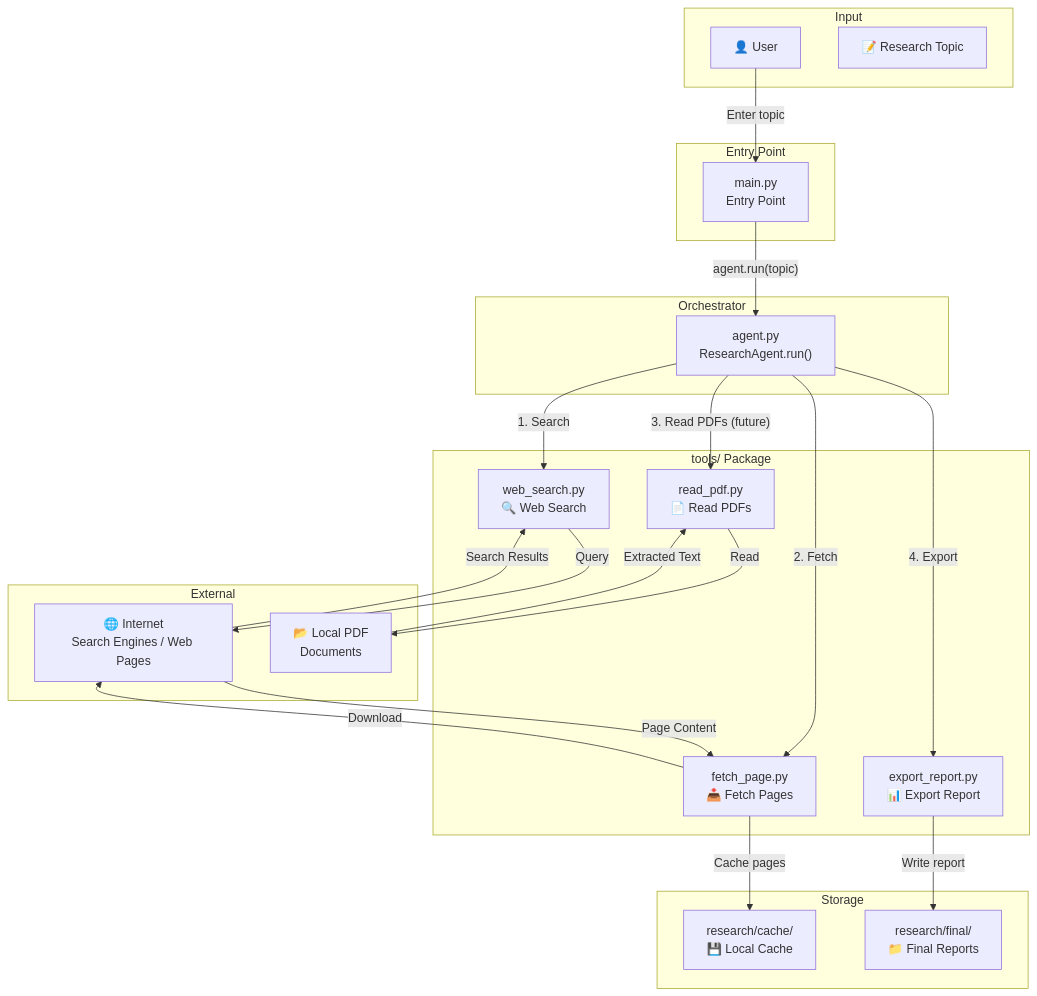
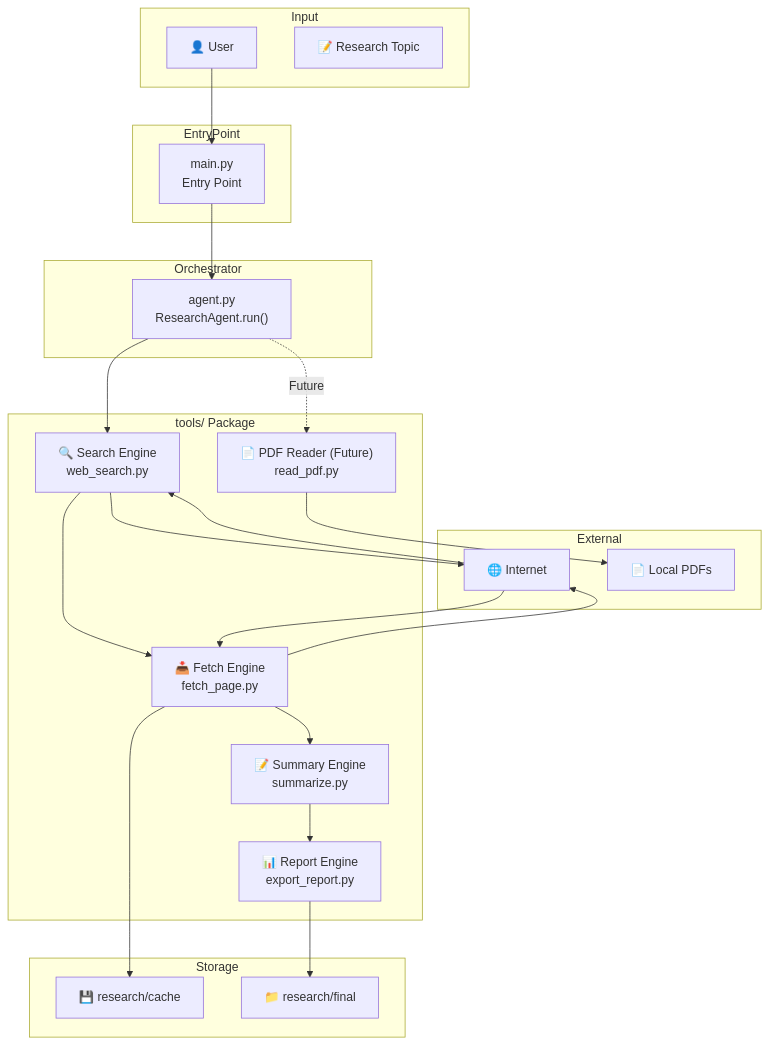
One commit to KJ-VS/automotive-research-agent changed the first of 3 diagrams in docs/architecture.md. Above: the diagram before and after it, drawn with Mermaid. The commit also changed other lines of this file and 8 other files, not shown here.

Commit message:
Release v1.0 - Modular Automotive Research Agent

````diff
--- a/docs/architecture.md
+++ b/docs/architecture.md
@@ -5,51 +25,55 @@
 ```mermaid
 flowchart TD
+
     subgraph Input
         USER["👤 User"]
         TOPIC["📝 Research Topic"]
     end
 
-    subgraph Entry Point
+    subgraph EntryPoint
         MAIN["main.py<br/>Entry Point"]
     end
 
     subgraph Orchestrator
         AGENT["agent.py<br/>ResearchAgent.run()"]
     end
 
     subgraph Tools["tools/ Package"]
-        WS["web_search.py<br/>🔍 Web Search"]
-        FP["fetch_page.py<br/>📥 Fetch Pages"]
-        RP["read_pdf.py<br/>📄 Read PDFs"]
-        ER["export_report.py<br/>📊 Export Report"]
+        WS["🔍 Search Engine<br/>web_search.py"]
+        FP["📥 Fetch Engine<br/>fetch_page.py"]
+        SM["📝 Summary Engine<br/>summarize.py"]
+        RP["📄 PDF Reader (Future)<br/>read_pdf.py"]
+        ER["📊 Report Engine<br/>export_report.py"]
     end
 
     subgraph Storage
-        CACHE["research/cache/<br/>💾 Local Cache"]
-        FINAL["research/final/<br/>📁 Final Reports"]
+        CACHE["💾 research/cache"]
+        FINAL["📁 research/final"]
     end
 
     subgraph External
-        WEB["🌐 Internet<br/>Search Engines / Web Pages"]
-        PDF["📂 Local PDF<br/>Documents"]
+        WEB["🌐 Internet"]
+        PDF["📄 Local PDFs"]
     end
 
-    USER -->|"Enter topic"| MAIN
-    MAIN -->|"agent.run(topic)"| AGENT
-    AGENT -->|"1. Search"| WS
-    AGENT -->|"2. Fetch"| FP
-    AGENT -->|"3. Read PDFs (future)"| RP
-    AGENT -->|"4. Export"| ER
+    USER --> MAIN
+    MAIN --> AGENT
 
-    WS -->|"Query"| WEB
-    WEB -->|"Search Results"| WS
+    AGENT --> WS
+    WS --> WEB
+    WEB --> WS
 
-    FP -->|"Download"| WEB
-    WEB -->|"Page Content"| FP
-    FP -->|"Cache pages"| CACHE
+    WS --> FP
+    FP --> WEB
+    WEB --> FP
 
-    RP -->|"Read"| PDF
-    PDF -->|"Extracted Text"| RP
+    FP --> CACHE
 
-    ER -->|"Write report"| FINAL
+    FP --> SM
+    SM --> ER
+
+    AGENT -. Future .-> RP
+    RP --> PDF
+
+    ER --> FINAL
 ```
````
